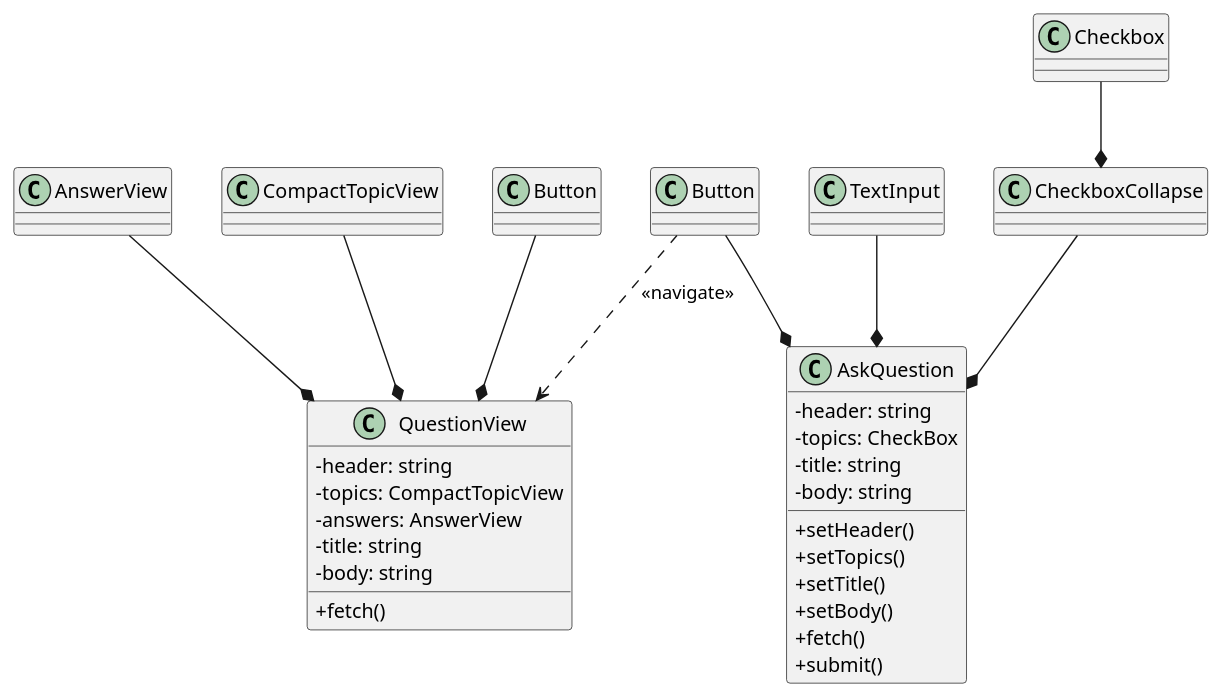
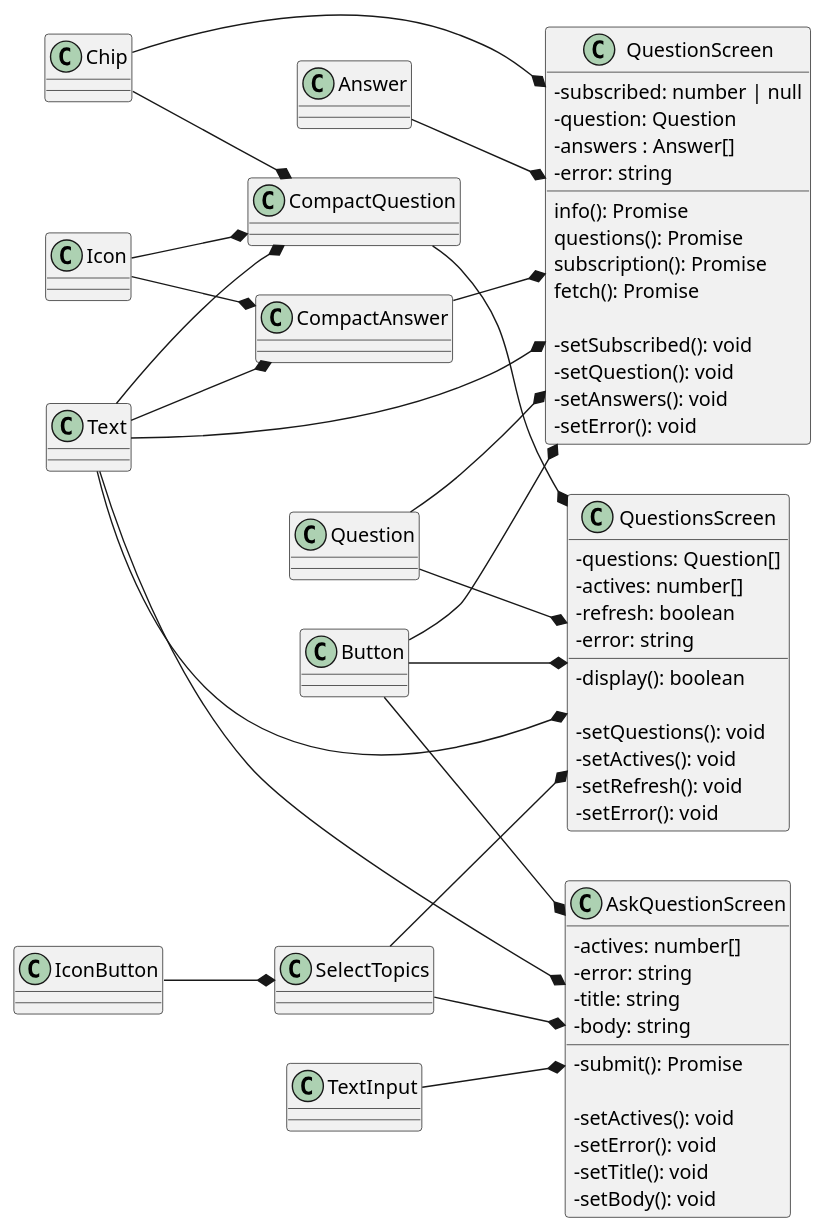
One commit to Singh-Kiran-P/StuNet changed the diagram in Diagrams/Class_Diagrams/Frontend_Diagrams/Question.puml. Above: the diagram before and after it, drawn with PlantUML. The commit also changed 3 other files, not shown here.

Commit message:
Updated frontend class diagrams

```diff
--- a/Diagrams/Class_Diagrams/Frontend_Diagrams/Question.puml
+++ b/Diagrams/Class_Diagrams/Frontend_Diagrams/Question.puml
@@ -1,47 +1,93 @@
 @startuml Question
 skinparam classAttributeIconSize 0
+left to right direction
 
-class QuestionView {
-	-header: string
-	-topics: CompactTopicView
-	-answers: AnswerView
+class Question
+class Answer
+
+class QuestionScreen {
+	-subscribed: number | null
+	-question: Question
+	-answers : Answer[]
+	-error: string
+
+	info(): Promise
+	questions(): Promise
+	subscription(): Promise
+	fetch(): Promise
+
+	-setSubscribed(): void
+	-setQuestion(): void
+	-setAnswers(): void
+	-setError(): void
+}
+
+Question --* QuestionScreen
+Answer --* QuestionScreen
+
+class QuestionsScreen {
+	-questions: Question[]
+	-actives: number[]
+	-refresh: boolean
+	-error: string
+
+	-display(): boolean
+
+	-setQuestions(): void
+	-setActives(): void
+	-setRefresh(): void
+	-setError(): void
+}
+
+Question --* QuestionsScreen
+
+class AskQuestionScreen {
+	-actives: number[]
+	-error: string
 	-title: string
 	-body: string
-	+fetch()
+
+	-submit(): Promise
+
+	-setActives(): void
+	-setError(): void
+	-setTitle(): void
+	-setBody(): void
 }
 
-class AnswerView {}
-class CompactTopicView {}
-class "Button" as b2
+class Text
+class Chip
+class TextInput
+class Button
+class CompactQuestion
+class CompactAnswer
+class SelectTopics
+class Icon
+class IconButton
 
-AnswerView --* QuestionView
-CompactTopicView --* QuestionView
-b2 --* QuestionView
+Text --* AskQuestionScreen
+TextInput --* AskQuestionScreen
+SelectTopics --* AskQuestionScreen
+Button --* AskQuestionScreen
+
+Text --* QuestionScreen
+Chip --* QuestionScreen
+Button --* QuestionScreen
+CompactAnswer --* QuestionScreen
+
+SelectTopics --* QuestionsScreen
+Button --* QuestionsScreen
+Text --* QuestionsScreen
+CompactQuestion --* QuestionsScreen
+
+Icon --* CompactQuestion
+Text --* CompactQuestion
+Chip --* CompactQuestion
+
+Icon --* CompactAnswer
+Text --* CompactAnswer
+
+IconButton --* SelectTopics
 
 
-class TextInput {}
-class "Button" as b1
-class CheckboxCollapse {}
-class Checkbox {}
-
-class AskQuestion {
-	-header: string
-	-topics: CheckBox
-	-title: string
-	-body: string
-	+setHeader()
-	+setTopics()
-	+setTitle()
-	+setBody()
-	+fetch()
-	+submit()
-}
-
-Checkbox --* CheckboxCollapse
-TextInput --* AskQuestion
-b1 --* AskQuestion
-CheckboxCollapse --* AskQuestion
-
-b1 ..> QuestionView: <<navigate>>
-
 @enduml
```
